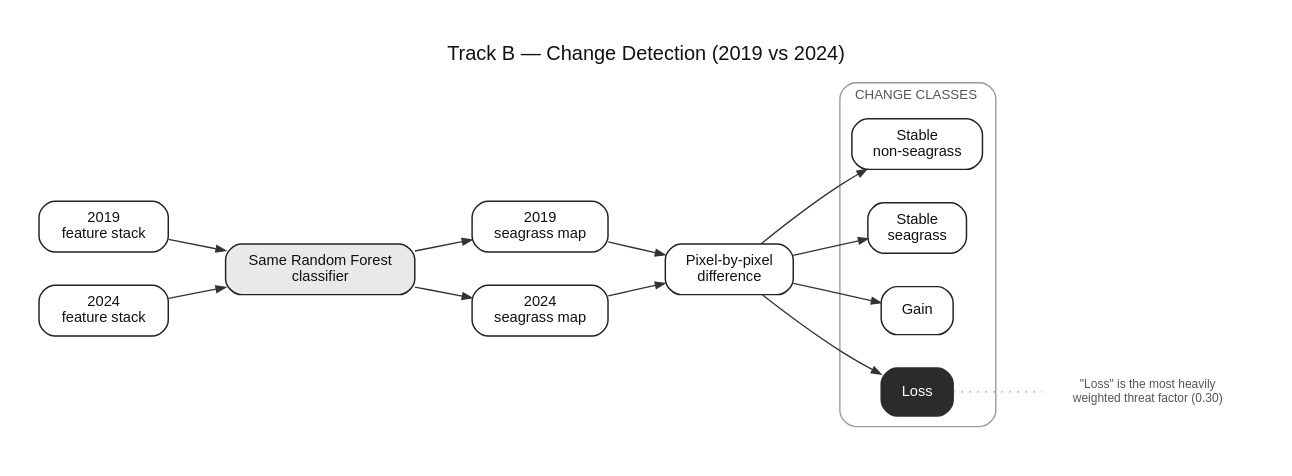
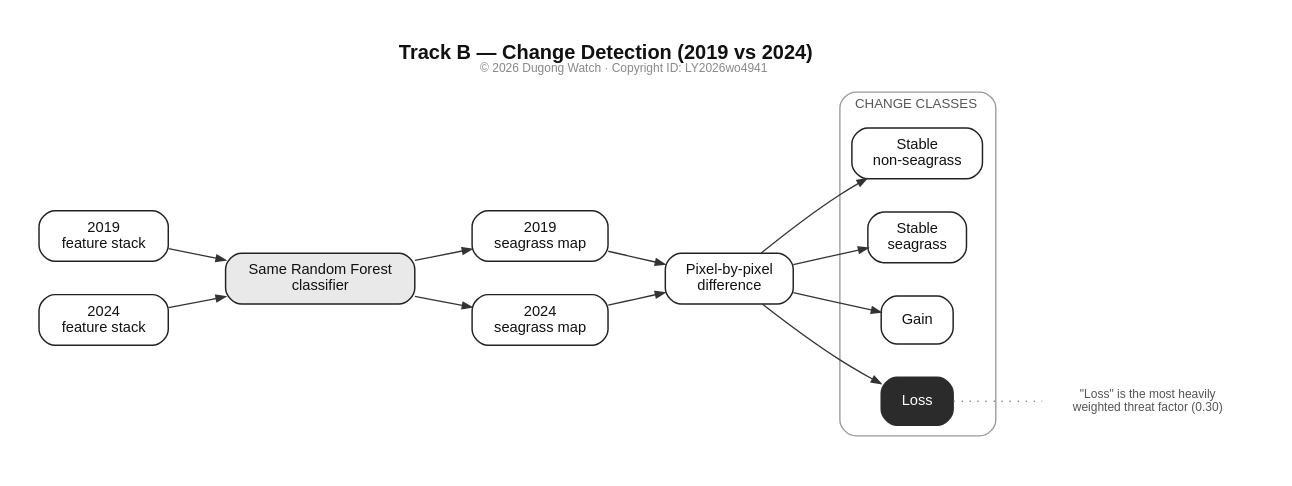
Before and after one commit to AbdulkarimBisharah/dugong-uae: the diagram in diagrams/4_change_detection.dot, drawn with Graphviz. The commit also changed 26 other files, not shown here.

First line of the commit message:
docs: stamp diagrams with copyright ID LY2026wo4941; add all 6 to report

```diff
--- a/diagrams/4_change_detection.dot
+++ b/diagrams/4_change_detection.dot
@@ -1,29 +1,29 @@
 digraph change_detection {
   rankdir=LR;
-  graph [fontname="Helvetica", label="Track B — Change Detection (2019 vs 2024)", labelloc=t, fontsize=15, fontcolor="#111111", bgcolor="white", nodesep=0.35, ranksep=0.6, pad=0.3];
+  graph [fontname="Helvetica", label=<<b>Track B — Change Detection (2019 vs 2024)</b><br/><font point-size="9" color="#888888">&#169; 2026 Dugong Watch &#183; Copyright ID: LY2026wo4941</font>>, labelloc=t, fontsize=15, fontcolor="#111111", bgcolor="white", nodesep=0.35, ranksep=0.6, pad=0.3];
   node  [shape=box, style="rounded,filled", fillcolor="white", color="#222222", penwidth=1.1, fontname="Helvetica", fontsize=11, fontcolor="#111111", margin="0.16,0.10"];
   edge  [color="#333333", penwidth=1.0, arrowsize=0.7];
 
   c19 [label="2019\nfeature stack"];
   c24 [label="2024\nfeature stack"];
   rf  [label="Same Random Forest\nclassifier", fillcolor="#e9e9e9"];
   m19 [label="2019\nseagrass map"];
   m24 [label="2024\nseagrass map"];
   diff [label="Pixel-by-pixel\ndifference"];
 
   subgraph cluster_out {
     label="  CHANGE CLASSES  "; labeljust=l; style="rounded"; color="#9a9a9a"; fontsize=10; fontcolor="#555555";
     k0 [label="Stable\nnon-seagrass"];
     k1 [label="Stable\nseagrass"];
     k2 [label="Gain"];
     k3 [label="Loss", fillcolor="#2b2b2b", fontcolor="white", color="#2b2b2b"];
   }
 
   c19 -> rf; c24 -> rf;
   rf -> m19; rf -> m24;
   m19 -> diff; m24 -> diff;
   diff -> k0; diff -> k1; diff -> k2; diff -> k3;
 
   loss_note [label="\"Loss\" is the most heavily\nweighted threat factor (0.30)", shape=plaintext, style="", fontsize=9, fontcolor="#555555"];
   k3 -> loss_note [style=dotted, arrowhead=none, color="#888888"];
 }
```
